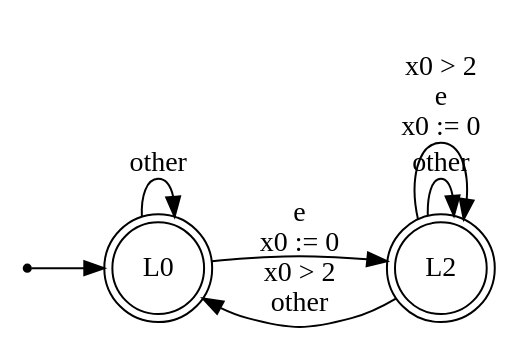
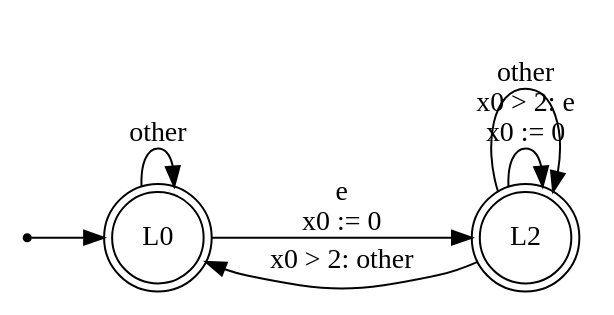
One commit to efares1/MTL2BA changed the diagram in tool/examples/spor.dot. Above: the diagram before and after it, drawn with Graphviz. The commit also changed 16 other files, not shown here.

```diff
--- a/tool/examples/spor.dot
+++ b/tool/examples/spor.dot
@@ -1,13 +1,13 @@
 digraph TA {
   rankdir=LR;
   node [shape=circle];
   init [shape=point];
   init -> L0;
   L0 [shape=doublecircle, label="L0"];
   L2 [shape=doublecircle, label="L2"];
+  L0 -> L0 [label="other"];
+  L0 -> L2 [label="e\nx0 := 0"];
+  L2 -> L0 [label="x0 > 2: other"];
+  L2 -> L2 [label="x0 > 2: e\nx0 := 0"];
   L2 -> L2 [label="other"];
-  L2 -> L2 [label="x0 > 2\ne\nx0 := 0"];
-  L2 -> L0 [label="x0 > 2\nother"];
-  L0 -> L2 [label="e\nx0 := 0"];
-  L0 -> L0 [label="other"];
 }
```
